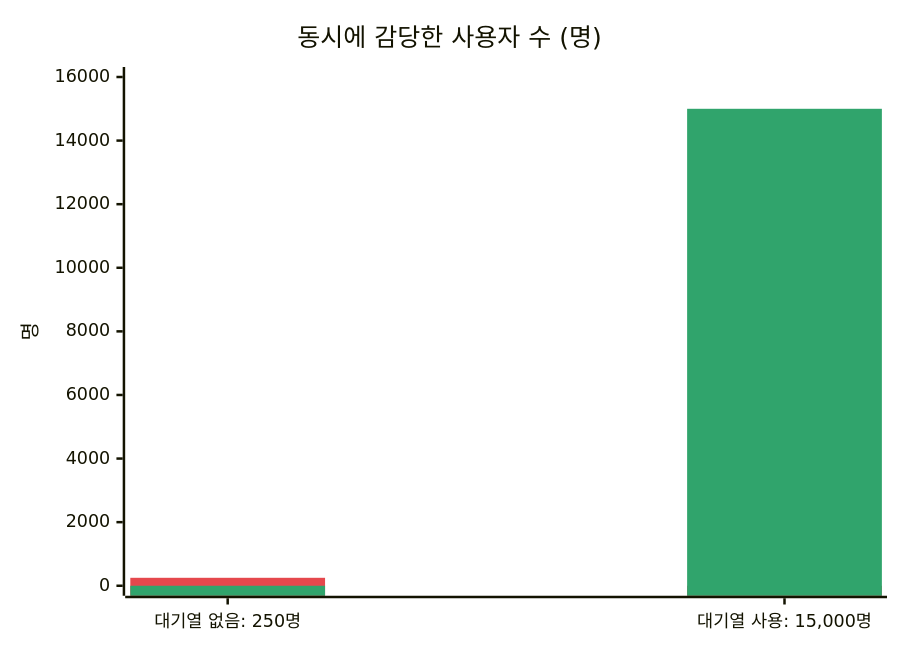
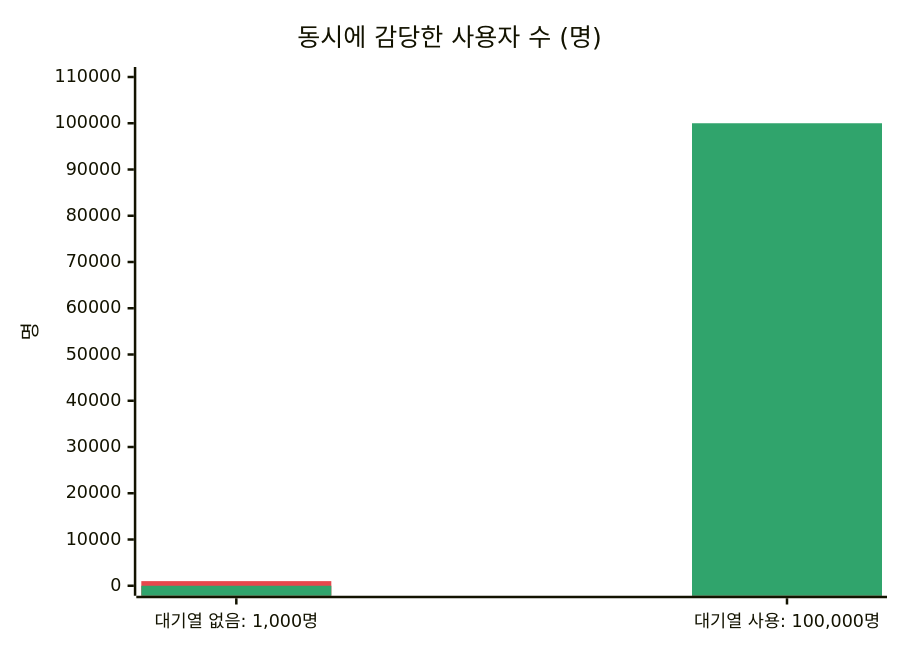
Before and after one commit to xkvak/traffic-control-system: the diagram in README.md, drawn with Mermaid. The commit also changed other lines of this file, not shown here.

````diff
--- a/README.md
+++ b/README.md
@@ -16,9 +16,9 @@
 ```mermaid
 %%{init: {"themeVariables": {"xyChart": {"plotColorPalette": "#e5484d, #30a46c"}}}}%%
 xychart-beta
     title "동시에 감당한 사용자 수 (명)"
-    x-axis ["대기열 없음: 250명", "대기열 사용: 15,000명"]
-    y-axis "명" 0 --> 16000
-    bar [250, 0]
-    bar [0, 15000]
+    x-axis ["대기열 없음: 1,000명", "대기열 사용: 100,000명"]
+    y-axis "명" 0 --> 110000
+    bar [1000, 0]
+    bar [0, 100000]
 ```
````
